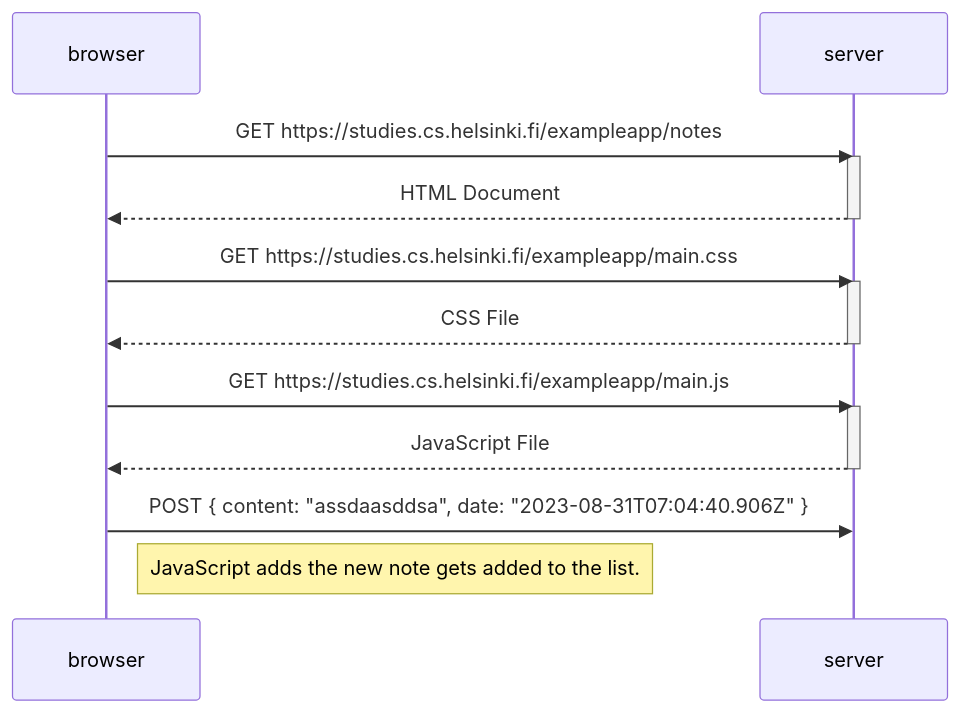
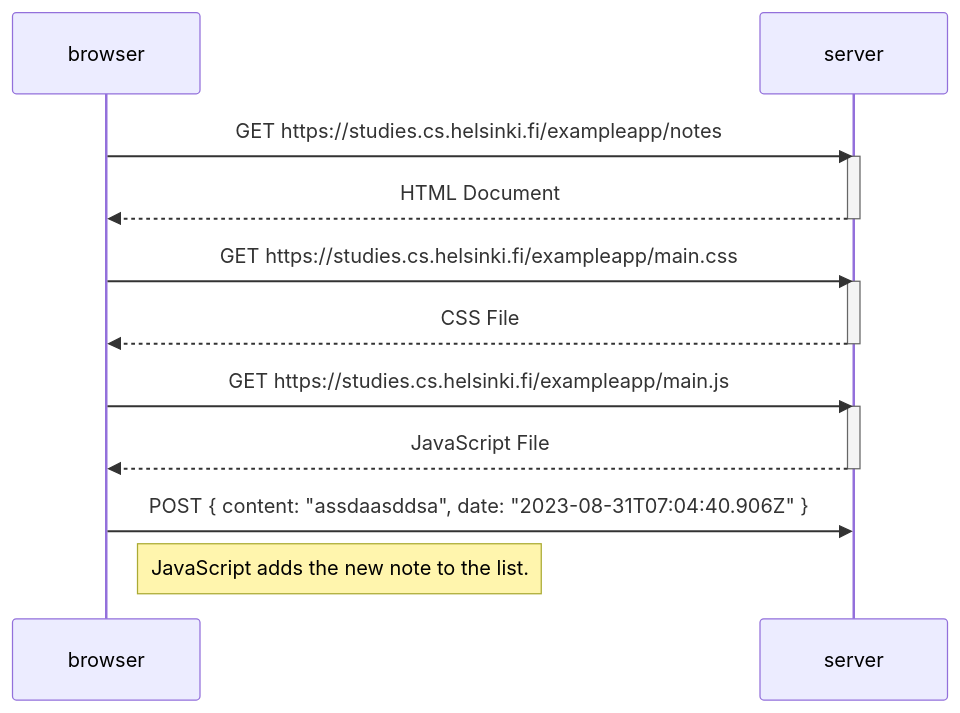
The diagram in part_0.5.md (valtteriper/FullstackOpen), drawn with Mermaid before and after one commit.

````diff
--- a/part_0.5.md
+++ b/part_0.5.md
@@ -1,25 +1,25 @@
 ```mermaid
 sequenceDiagram
     participant browser
     participant server
     
     browser->>server: GET https://studies.cs.helsinki.fi/exampleapp/notes
     activate server
     server-->>browser: HTML Document
     deactivate server
 
     browser->>server: GET https://studies.cs.helsinki.fi/exampleapp/main.css
     activate server
     server-->>browser: CSS File
     deactivate server
 
     browser->>server: GET https://studies.cs.helsinki.fi/exampleapp/main.js
     activate server
     server-->>browser: JavaScript File
     deactivate server
 
     browser->>server: POST { content: "assdaasddsa", date: "2023-08-31T07:04:40.906Z" }
 
-Note right of browser: JavaScript adds the new note gets added to the list.
+Note right of browser: JavaScript adds the new note to the list.
 
 ```
````
